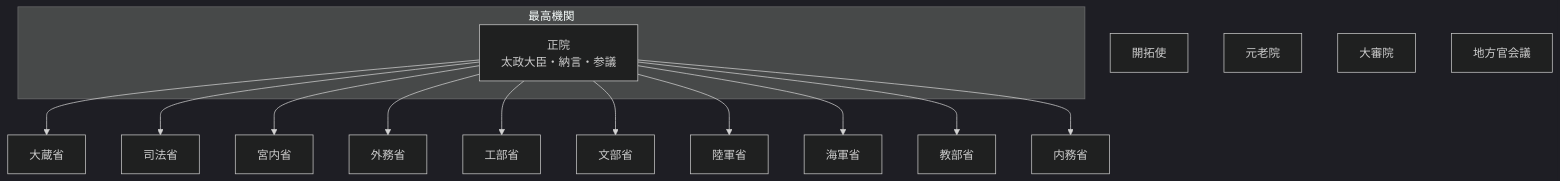
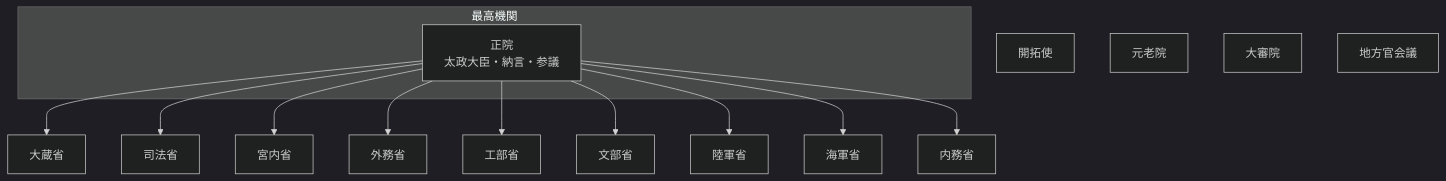
Before and after one commit to tatemaru/jp-admin-org-chart: the diagram in README.md, drawn with Mermaid (dark theme). The commit also changed other lines of this file, not shown here.

First line of the commit message:
feat(教部省): 教部省を廃止

````diff
--- a/README.md
+++ b/README.md
@@ -9,31 +9,29 @@
 ```mermaid
 flowchart TB
   subgraph top["最高機関"]
     Sei["正院
 太政大臣・納言・参議"]
   end
   Okura["大蔵省"]
   Sei --> Okura
   Shiho["司法省"]
   Sei --> Shiho
   Kunai["宮内省"]
   Sei --> Kunai
   Gaimu["外務省"]
   Sei --> Gaimu
   Kobu["工部省"]
   Sei --> Kobu
   Mombu["文部省"]
   Sei --> Mombu
   Rikugun["陸軍省"]
   Sei --> Rikugun
   Kaigun["海軍省"]
   Sei --> Kaigun
-  Kyobu["教部省"]
-  Sei --> Kyobu
   Naimu["内務省"]
   Sei --> Naimu
   Kaitaku["開拓使"]
   Genro["元老院"]
   Daishin["大審院"]
   Chiho["地方官会議"]
 ```
````
